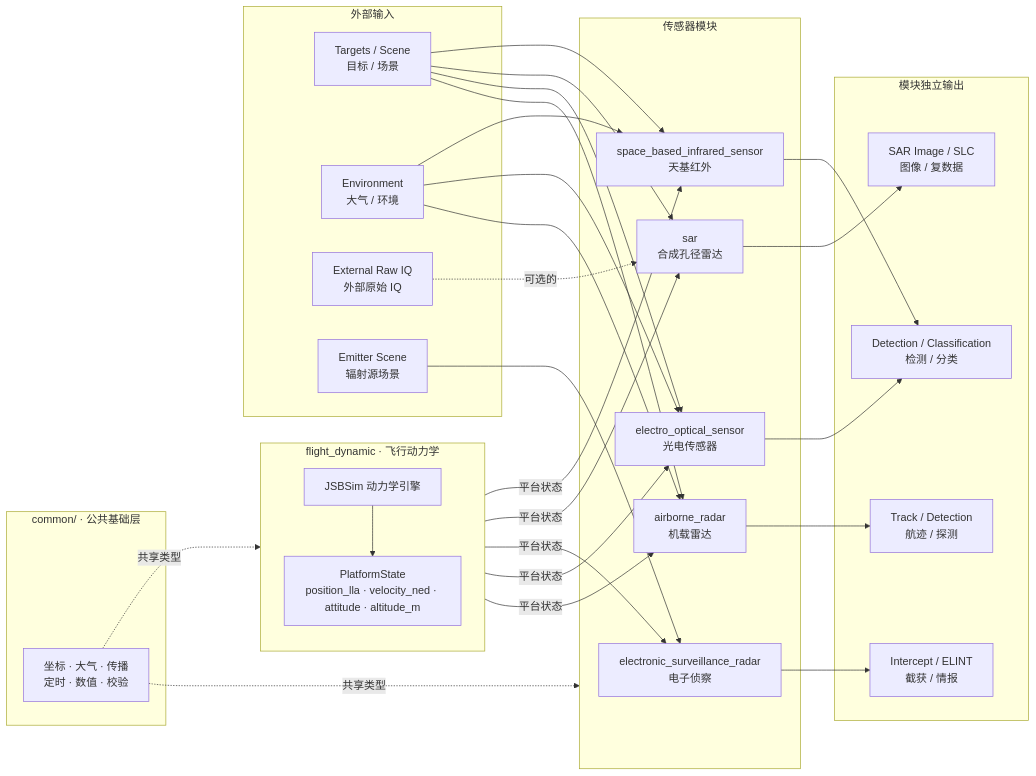
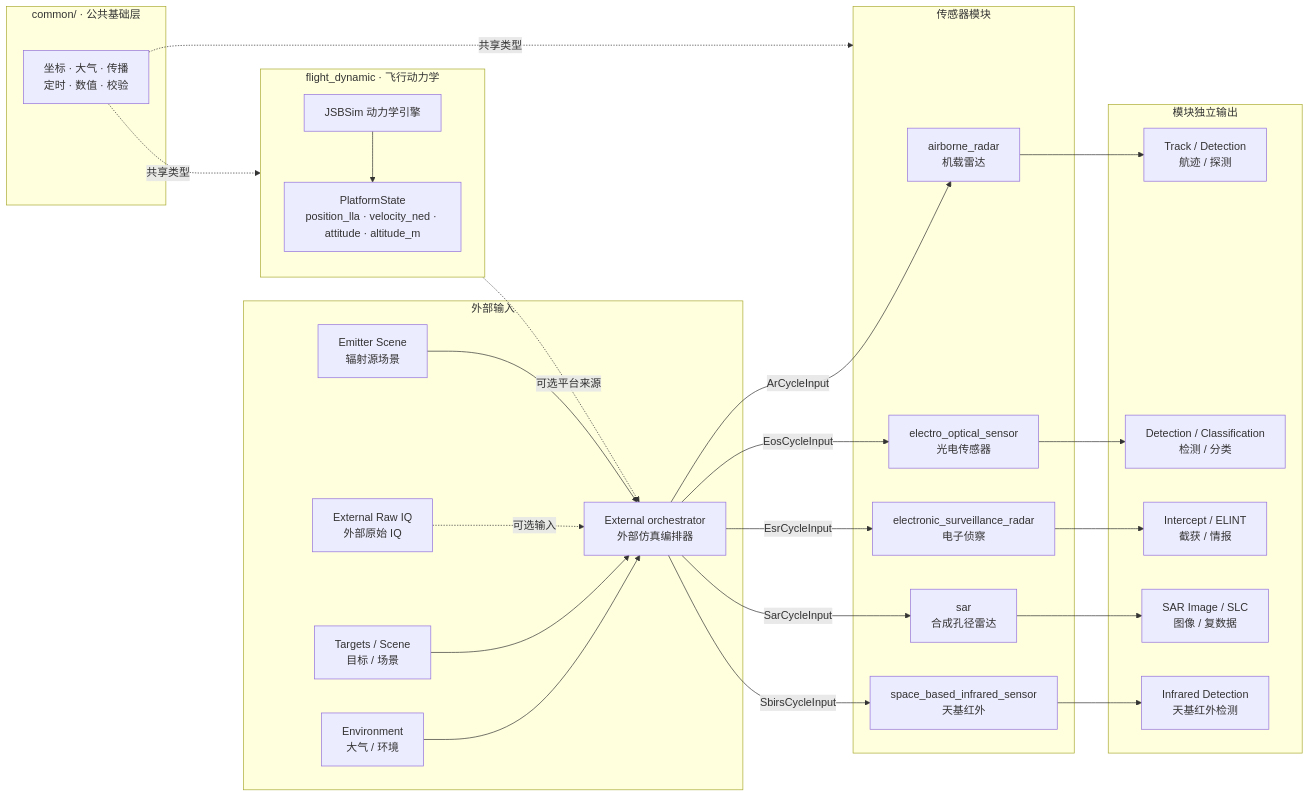
The diagram in docs/common/contract.md (boilwater-3/1q), drawn with Mermaid before and after one commit. The commit also changed other lines of this file and 5 other files, not shown here.

````diff
--- a/docs/common/contract.md
+++ b/docs/common/contract.md
@@ -361,60 +374,57 @@
 ```mermaid
 flowchart LR
   subgraph Common["common/ · 公共基础层"]
     CORE[坐标 · 大气 · 传播\n定时 · 数值 · 校验]
   end
 
   subgraph FD["flight_dynamic · 飞行动力学"]
     direction TB
     JSB[JSBSim 动力学引擎]
     STATE[PlatformState\nposition_lla · velocity_ned · attitude · altitude_m]
     JSB --> STATE
   end
 
   subgraph EXT["外部输入"]
+    ORCH[External orchestrator\n外部仿真编排器]
     TGT[Targets / Scene\n目标 / 场景]
     ENV[Environment\n大气 / 环境]
     IQ[External Raw IQ\n外部原始 IQ]
     EMIT[Emitter Scene\n辐射源场景]
   end
 
   subgraph SENSORS["传感器模块"]
     AR[airborne_radar\n机载雷达]
     EO[electro_optical_sensor\n光电传感器]
     ESR[electronic_surveillance_radar\n电子侦察]
     SAR[sar\n合成孔径雷达]
     SBIRS[space_based_infrared_sensor\n天基红外]
   end
 
   subgraph OUT["模块独立输出"]
     O1[Track / Detection\n航迹 / 探测]
     O2[Detection / Classification\n检测 / 分类]
     O3[Intercept / ELINT\n截获 / 情报]
     O4[SAR Image / SLC\n图像 / 复数据]
+    O5[Infrared Detection\n天基红外检测]
   end
 
   CORE -.->|共享类型| FD
   CORE -.->|共享类型| SENSORS
 
-  STATE -->|平台状态| AR
-  STATE -->|平台状态| EO
-  STATE -->|平台状态| ESR
-  STATE -->|平台状态| SAR
-  STATE -->|平台状态| SBIRS
-
-  ENV --> AR
-  ENV --> EO
-  ENV --> SBIRS
-  TGT --> AR
-  TGT --> EO
-  TGT --> SAR
-  TGT --> SBIRS
-  IQ -.->|可选的| SAR
-  EMIT --> ESR
+  STATE -.->|可选平台来源| ORCH
+  ENV --> ORCH
+  TGT --> ORCH
+  IQ -.->|可选输入| ORCH
+  EMIT --> ORCH
+  ORCH -->|ArCycleInput| AR
+  ORCH -->|EosCycleInput| EO
+  ORCH -->|EsrCycleInput| ESR
+  ORCH -->|SarCycleInput| SAR
+  ORCH -->|SbirsCycleInput| SBIRS
 
   AR --> O1
   EO --> O2
   ESR --> O3
   SAR --> O4
-  SBIRS --> O2
+  SBIRS --> O5
 ```
````
